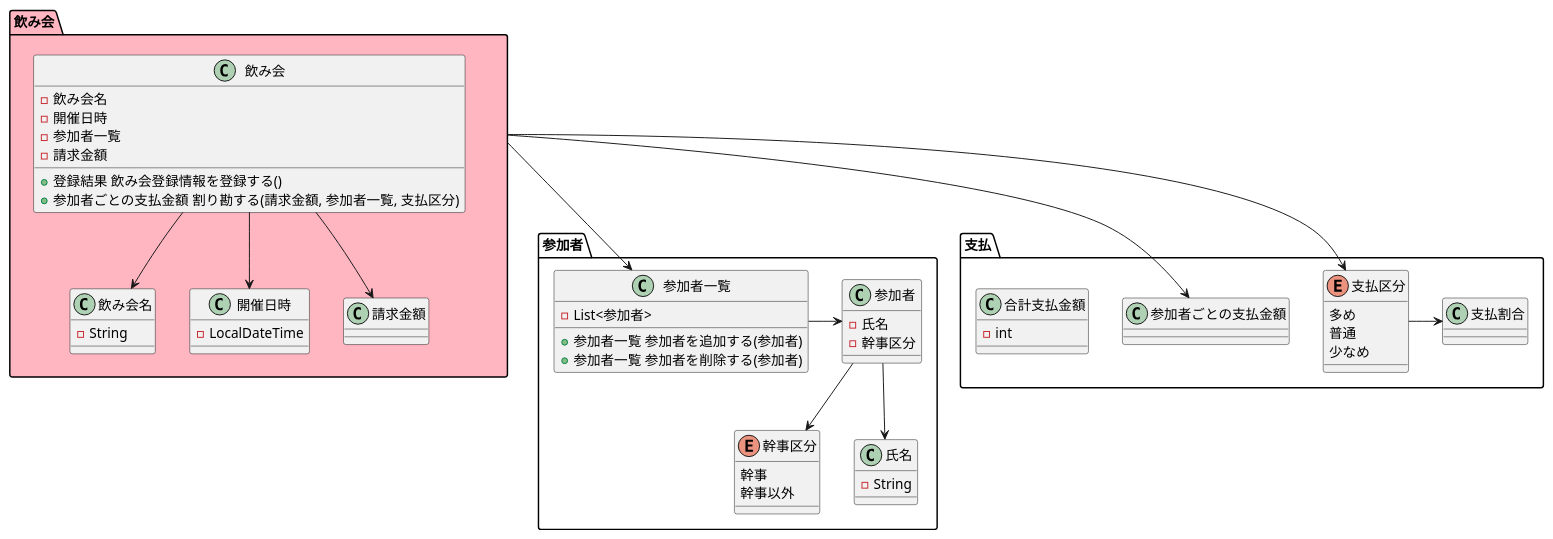
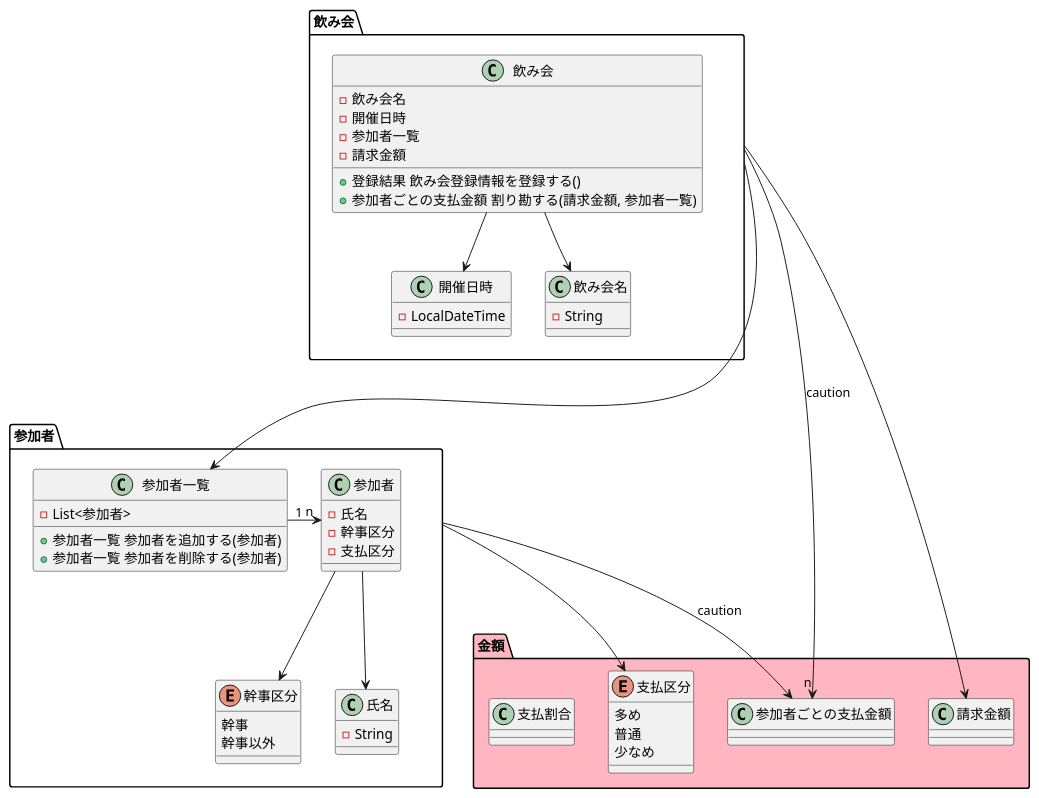
The diagram in doc/割り勘.puml (mmm00mmm/ddd-warikan), drawn with PlantUML before and after one commit.

Commit message:
依存関係を見直し

```diff
--- a/doc/割り勘.puml
+++ b/doc/割り勘.puml
@@ -1,84 +1,83 @@
 @startuml
 /'=================================='/
-package 飲み会 #ffb6c1 {
+package 飲み会 {
   class 飲み会 {
     - 飲み会名
     - 開催日時
     - 参加者一覧
     - 請求金額
     + 登録結果 飲み会登録情報を登録する()
-    + 参加者ごとの支払金額 割り勘する(請求金額, 参加者一覧, 支払区分)
+    + 参加者ごとの支払金額 割り勘する(請求金額, 参加者一覧)
   }
   class 飲み会名 {
     - String
   }
 
   class 開催日時 {
     - LocalDateTime
   }
 
-  class 請求金額 {
-  }
   /'--------------------'/
 
   飲み会 -d-> 飲み会名
   飲み会 -d-> 開催日時
-  飲み会 --> 請求金額
 }
 
 /'=================================='/
 package 参加者 {
   enum 幹事区分 {
     幹事
     幹事以外
   }
 
   class 氏名 {
     - String
   }
 
   class 参加者 {
     - 氏名
     - 幹事区分
+    - 支払区分
   }
 
   class 参加者一覧 {
     - List<参加者>
     + 参加者一覧 参加者を追加する(参加者)
     + 参加者一覧 参加者を削除する(参加者)
   }
+
   /'--------------------'/
-  参加者一覧 -> 参加者
+  参加者一覧 "1" -> "n" 参加者
   参加者 -d-> 氏名
   参加者 -d-> 幹事区分
 }
 
 /'=================================='/
-package 支払 {
+package 金額 #ffb6c1 {
 
   class 参加者ごとの支払金額 {
-  }
-
-  class 合計支払金額 {
-    - int
   }
 
   enum 支払区分 {
     多め
     普通
     少なめ
   }
 
   class 支払割合 {
   }
 
+  class 請求金額 {
+  }
+
   /'--------------------'/
-  支払区分 -> 支払割合
 }
 
 /'=================================='/
-飲み会 --> 参加者一覧
-飲み会 --> 参加者ごとの支払金額
-飲み会 --> 支払区分
+飲み会 ---> 参加者一覧
+参加者 --> 支払区分
+参加者 --> 参加者ごとの支払金額 : caution
+飲み会 --> "n" 参加者ごとの支払金額 : caution
+飲み会 -> 請求金額
 
 @enduml
```
